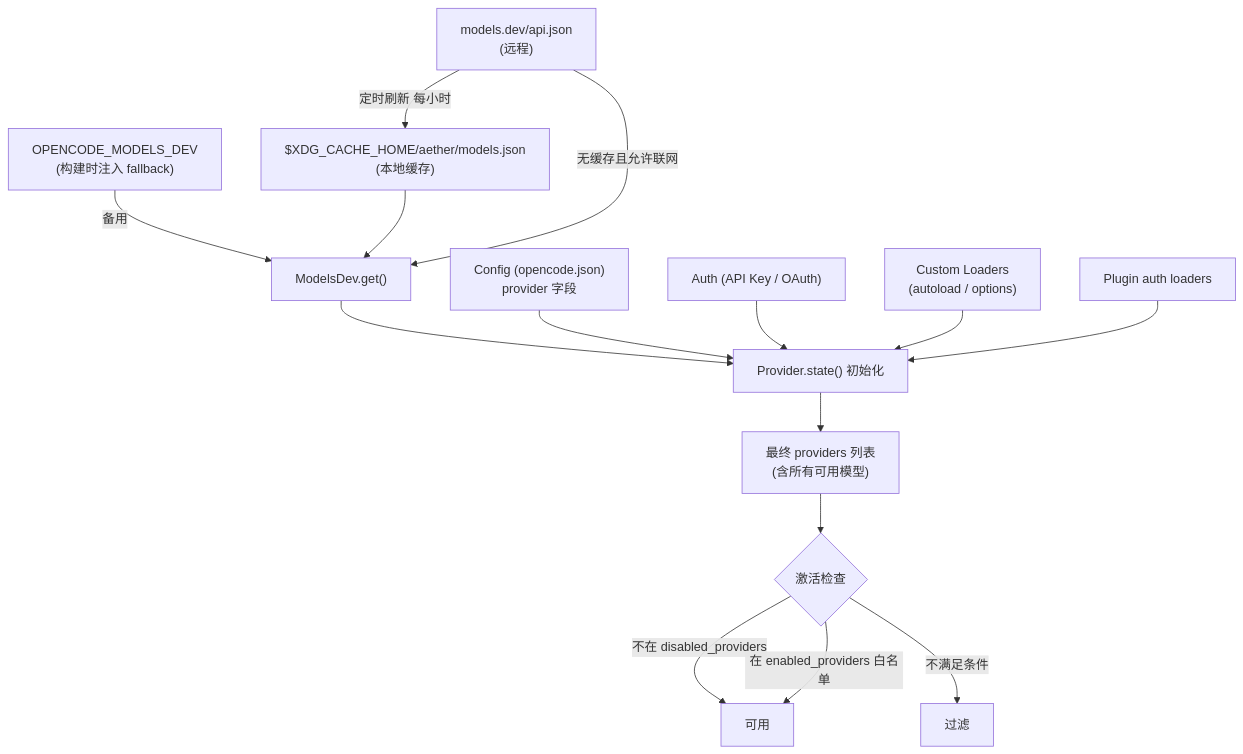
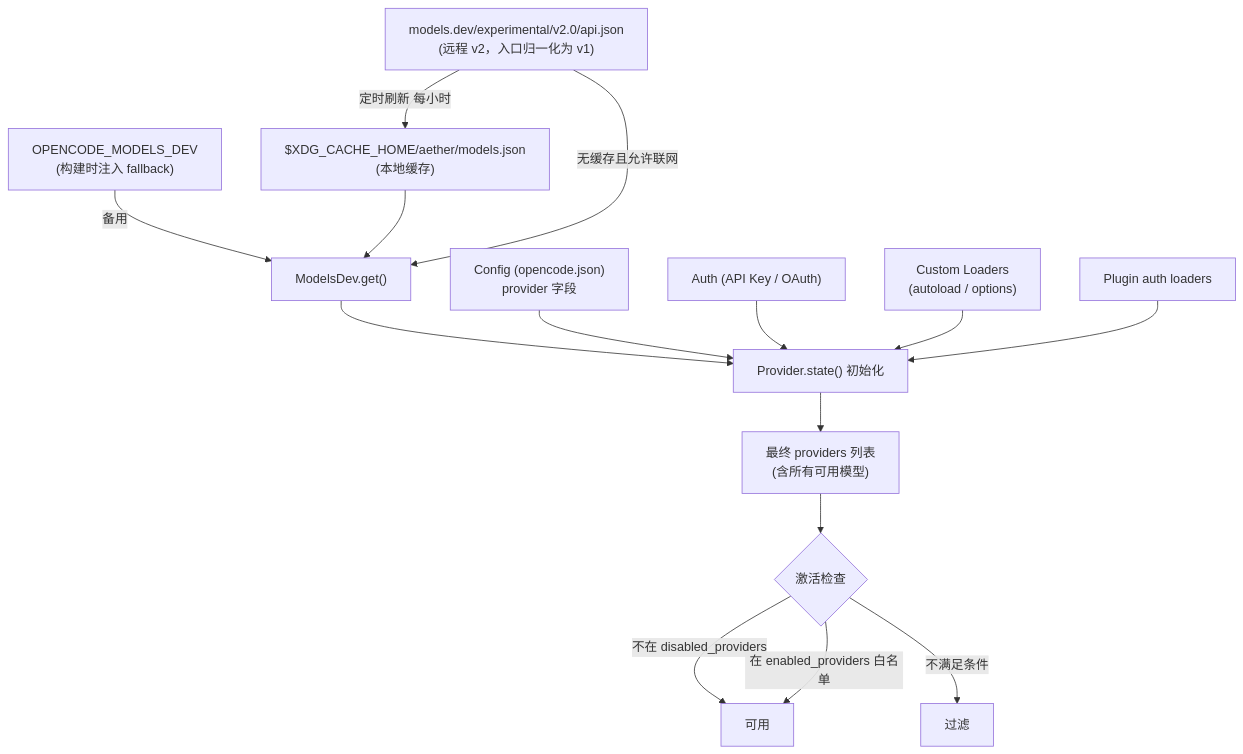
Before and after one commit to Science-Discovery/Aether: the fifth of 6 diagrams in docs/llm-call-chain.md, drawn with Mermaid. The commit also changed 5 other files, not shown here.

First line of the commit message:
feat(provider): support models.dev v2 catalog

````diff
--- a/docs/llm-call-chain.md
+++ b/docs/llm-call-chain.md
@@ -199,20 +199,20 @@
 ```mermaid
 flowchart TB
-    A["models.dev/api.json<br/>(远程)"] -->|定时刷新 每小时| B["$XDG_CACHE_HOME/aether/models.json<br/>(本地缓存)"]
+    A["models.dev/experimental/v2.0/api.json<br/>(远程 v2，入口归一化为 v1)"] -->|定时刷新 每小时| B["$XDG_CACHE_HOME/aether/models.json<br/>(本地缓存)"]
     C["OPENCODE_MODELS_DEV<br/>(构建时注入 fallback)"] -->|备用| D["ModelsDev.get()"]
     B --> D
     A -->|无缓存且允许联网| D
     D --> E["Provider.state() 初始化"]
 
     F["Config (opencode.json)<br/>provider 字段"] --> E
     G["Auth (API Key / OAuth)"] --> E
     H["Custom Loaders<br/>(autoload / options)"] --> E
     I["Plugin auth loaders"] --> E
 
     E --> J["最终 providers 列表<br/>(含所有可用模型)"]
 
     J --> K{激活检查}
     K -->|不在 disabled_providers| L["可用"]
     K -->|在 enabled_providers 白名单| L
     K -->|不满足条件| M["过滤"]
 ```
````
